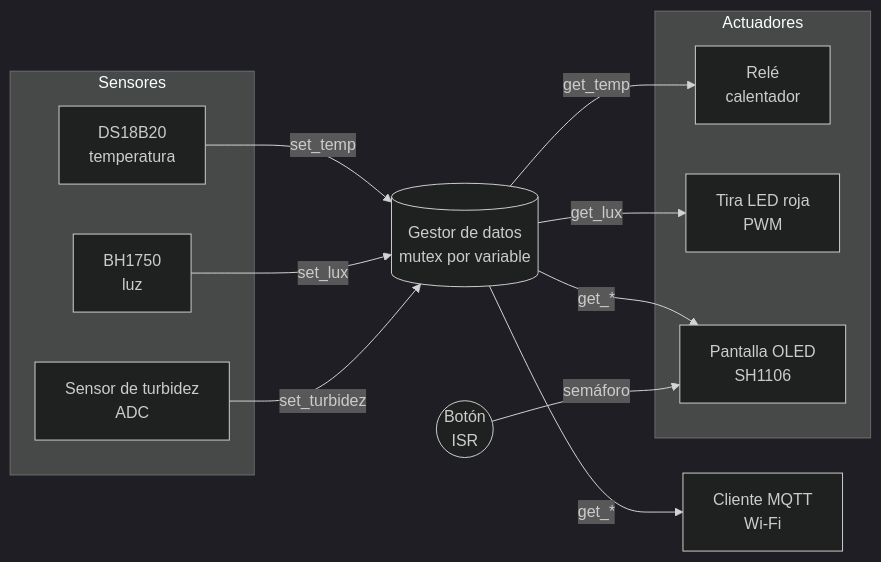
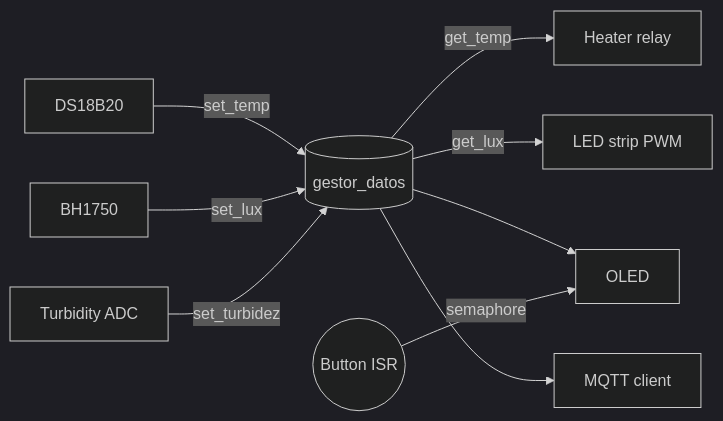
The diagram in README.md (LuisRIchar/microalgae-bioreactor-esp32), drawn with Mermaid (dark theme) before and after one commit. The commit also changed other lines of this file and 6 other files, not shown here.

````diff
--- a/README.md
+++ b/README.md
@@ -46,28 +23,11 @@
 ```mermaid
 flowchart LR
-    subgraph Sensores
-        T[DS18B20<br/>temperatura]
-        L[BH1750<br/>luz]
-        U[Sensor de turbidez<br/>ADC]
-    end
-
-    G[(Gestor de datos<br/>mutex por variable)]
-
-    subgraph Actuadores
-        R[Relé<br/>calentador]
-        LED[Tira LED roja<br/>PWM]
-        O[Pantalla OLED<br/>SH1106]
-    end
-
-    M[Cliente MQTT<br/>Wi-Fi]
-    B((Botón<br/>ISR))
-
-    T -- set_temp --> G
-    L -- set_lux --> G
-    U -- set_turbidez --> G
-    G -- get_temp --> R
-    G -- get_lux --> LED
-    G -- get_* --> O
-    G -- get_* --> M
-    B -- semáforo --> O
+    T[DS18B20] -- set_temp --> G[(gestor_datos)]
+    L[BH1750] -- set_lux --> G
+    U[Turbidity ADC] -- set_turbidez --> G
+    G -- get_temp --> R[Heater relay]
+    G -- get_lux --> LED[LED strip PWM]
+    G --> O[OLED]
+    G --> M[MQTT client]
+    B((Button ISR)) -- semaphore --> O
 ```
````
